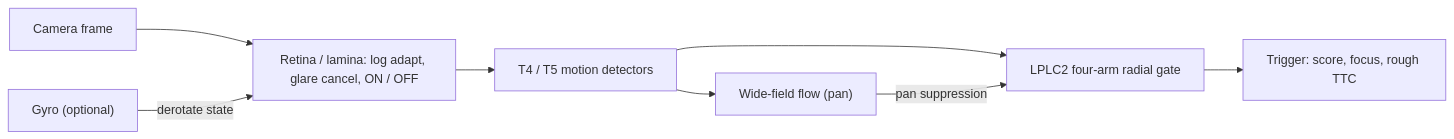
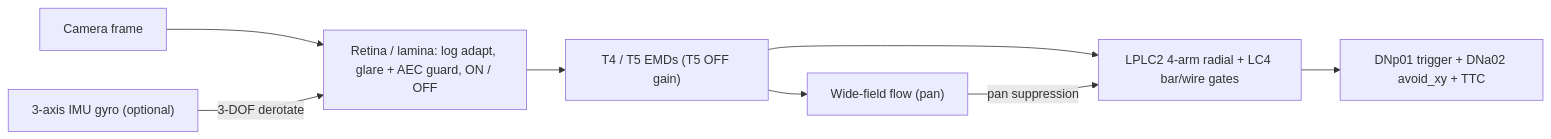
One commit to indian-aman/necklink changed the diagram in packages/necksight/README.md. Above: the diagram before and after it, drawn with Mermaid. The commit also changed other lines of this file and 131 other files, not shown here.

````diff
--- a/packages/necksight/README.md
+++ b/packages/necksight/README.md
@@ -43,10 +44,10 @@
 ```mermaid
 flowchart LR
-    A["Camera frame"] --> B["Retina / lamina: log adapt, glare cancel, ON / OFF"]
-    G["Gyro (optional)"] -->|"derotate state"| B
-    B --> C["T4 / T5 motion detectors"]
+    A["Camera frame"] --> B["Retina / lamina: log adapt, glare + AEC guard, ON / OFF"]
+    G["3-axis IMU gyro (optional)"] -->|"3-DOF derotate"| B
+    B --> C["T4 / T5 EMDs (T5 OFF gain)"]
     C --> D["Wide-field flow (pan)"]
-    C --> E["LPLC2 four-arm radial gate"]
+    C --> E["LPLC2 4-arm radial + LC4 bar/wire gates"]
     D -->|"pan suppression"| E
-    E --> F["Trigger: score, focus, rough TTC"]
+    E --> F["DNp01 trigger + DNa02 avoid_xy + TTC"]
 ```
````
